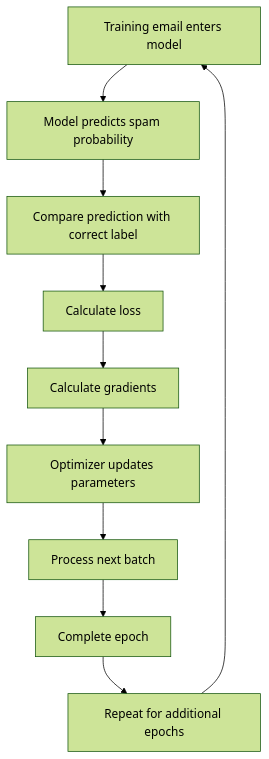
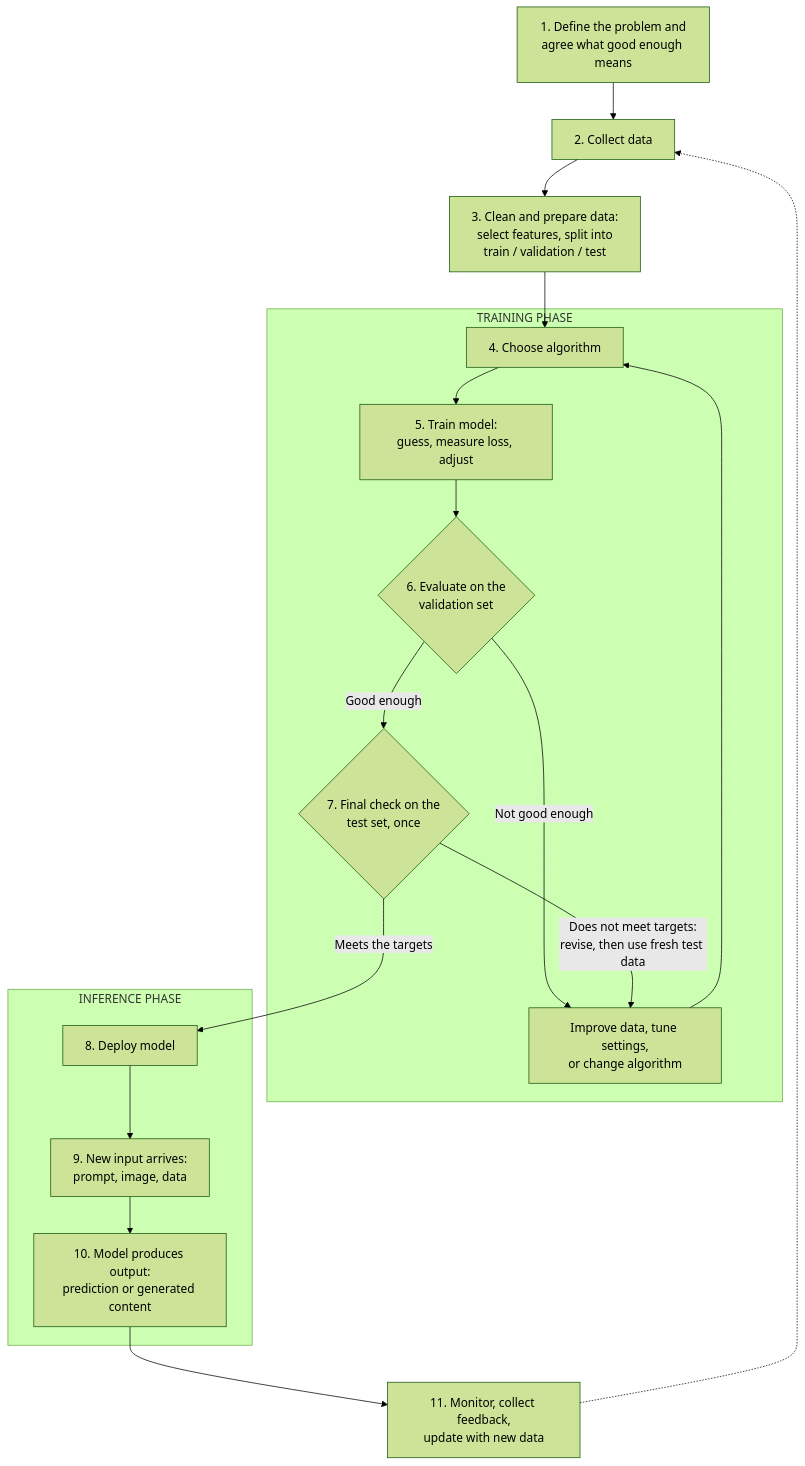
Before and after one commit to benngiiii/BABI-GULING: the fourth of 4 diagrams in Main/study-guide/V2.0/chapter-3-how-artificial-intelligence-works/how-artificial-intelligence-works.md, drawn with Mermaid (forest theme). The commit also changed other lines of this file and 56 other files, not shown here.

````diff
--- a/Main/study-guide/V2.0/chapter-3-how-artificial-intelligence-works/how-artificial-intelligence-works.md
+++ b/Main/study-guide/V2.0/chapter-3-how-artificial-intelligence-works/how-artificial-intelligence-works.md
@@ -1275,15 +569,27 @@
 ```mermaid
 flowchart TD
-    A["Training email enters model"]
-    B["Model predicts spam probability"]
-    C["Compare prediction with correct label"]
-    D["Calculate loss"]
-    E["Calculate gradients"]
-    F["Optimizer updates parameters"]
-    G["Process next batch"]
-    H["Complete epoch"]
-    I["Repeat for additional epochs"]
-
-    A --> B --> C --> D --> E --> F --> G --> H --> I
-    I --> A
+    A["1. Define the problem and<br/>agree what good enough means"]
+    B["2. Collect data"]
+    C["3. Clean and prepare data:<br/>select features, split into<br/>train / validation / test"]
+    subgraph TRAINING ["TRAINING PHASE"]
+        D["4. Choose algorithm"]
+        E["5. Train model:<br/>guess, measure loss, adjust"]
+        F{"6. Evaluate on the<br/>validation set"}
+        G["Improve data, tune settings,<br/>or change algorithm"]
+        L{"7. Final check on the<br/>test set, once"}
+    end
+    subgraph INFERENCE ["INFERENCE PHASE"]
+        H["8. Deploy model"]
+        I["9. New input arrives:<br/>prompt, image, data"]
+        J["10. Model produces output:<br/>prediction or generated content"]
+    end
+    K["11. Monitor, collect feedback,<br/>update with new data"]
+    A --> B --> C --> D --> E --> F
+    F -- "Not good enough" --> G
+    G --> D
+    F -- "Good enough" --> L
+    L -- "Meets the targets" --> H
+    L -- "Does not meet targets:<br/>revise, then use fresh test data" --> G
+    H --> I --> J --> K
+    K -.-> B
 ```
````
